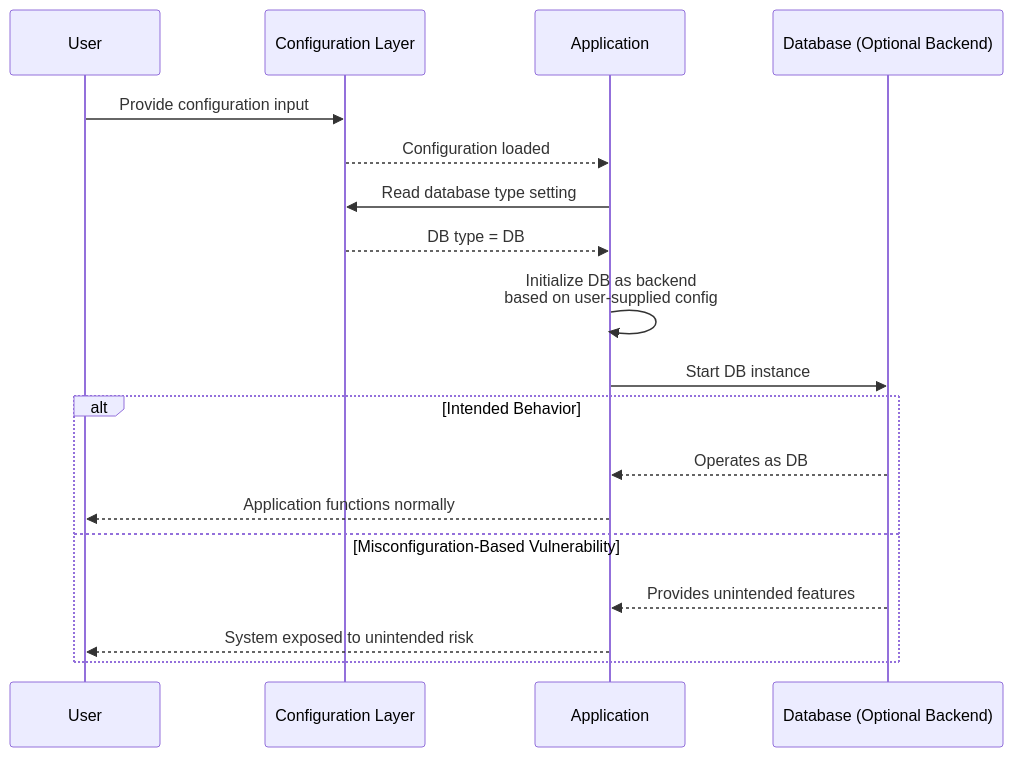
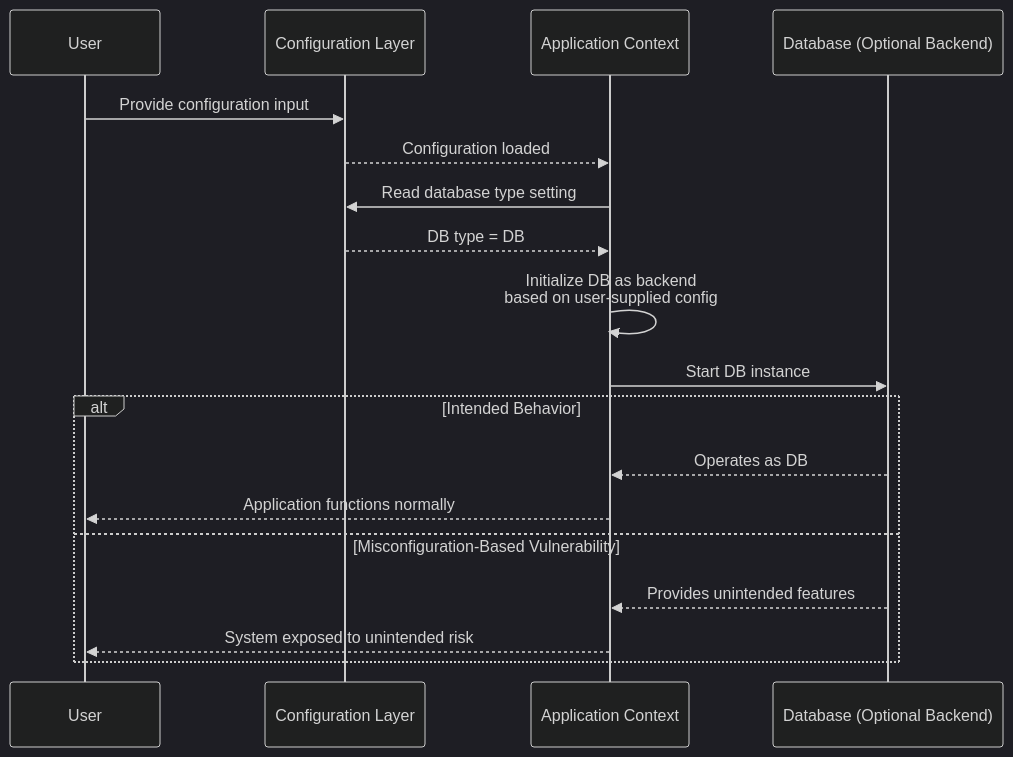
Before and after one commit to castroaj/mitre-secure-coding-case-study: the diagram in rce-vulnerability-apache-nifi-case-study.md, drawn with Mermaid. The commit also changed other lines of this file, not shown here.

````diff
--- a/rce-vulnerability-apache-nifi-case-study.md
+++ b/rce-vulnerability-apache-nifi-case-study.md
@@ -24,24 +24,25 @@
 ```mermaid
+%%{init:{'theme':'dark'}}%%
 sequenceDiagram
     participant U as User
     participant CFG as Configuration Layer
-    participant A as Application
+    participant A as Application Context
     participant DB as Database (Optional Backend)
 
     U->>CFG: Provide configuration input
     CFG-->>A: Configuration loaded
 
     A->>CFG: Read database type setting
     CFG-->>A: DB type = DB
 
     A->>A: Initialize DB as backend<br/>based on user-supplied config
     A->>DB: Start DB instance
 
     alt Intended Behavior
         DB-->>A: Operates as DB
         A-->>U: Application functions normally
     else Misconfiguration-Based Vulnerability
         DB-->>A: Provides unintended features
         A-->>U: System exposed to unintended risk
     end
 ```
````
